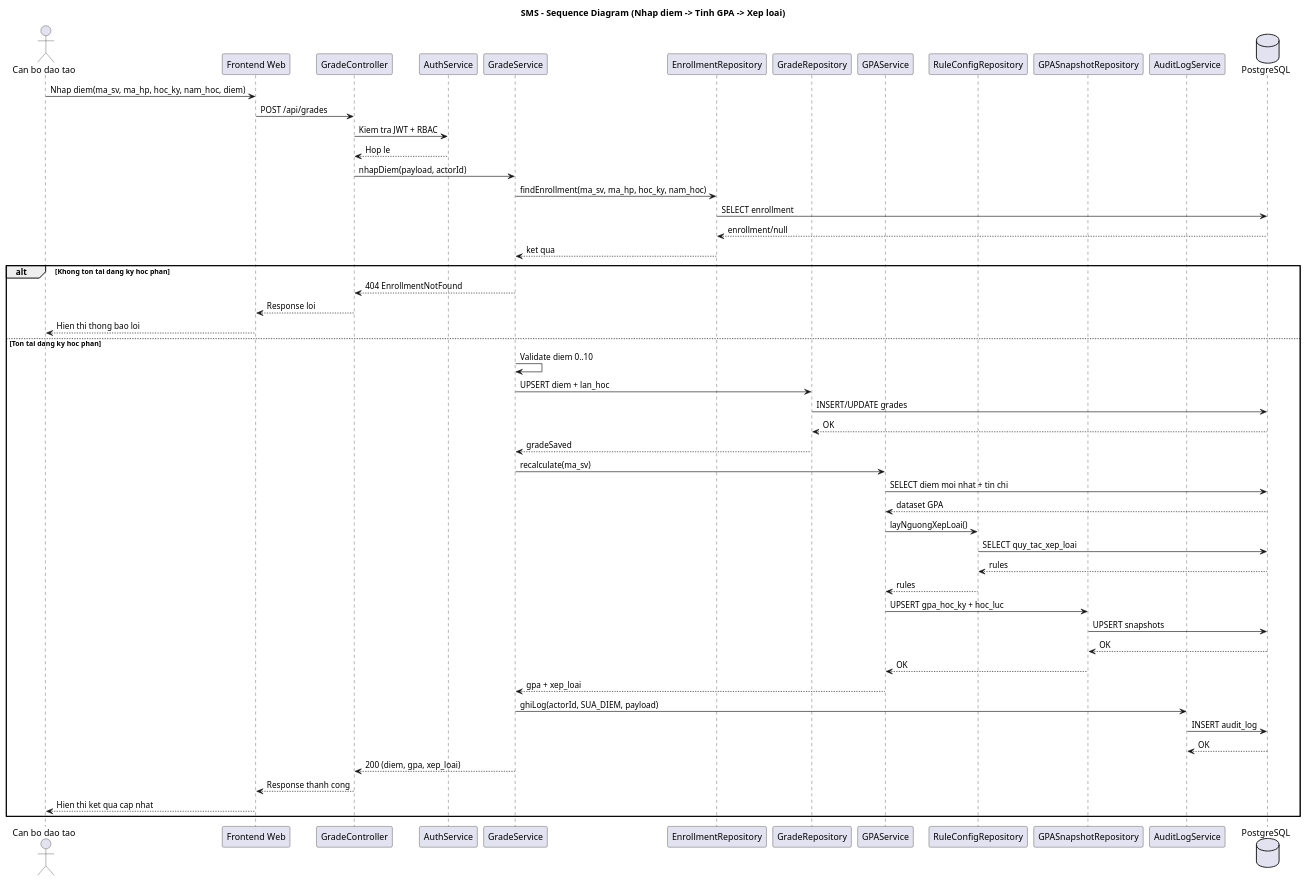
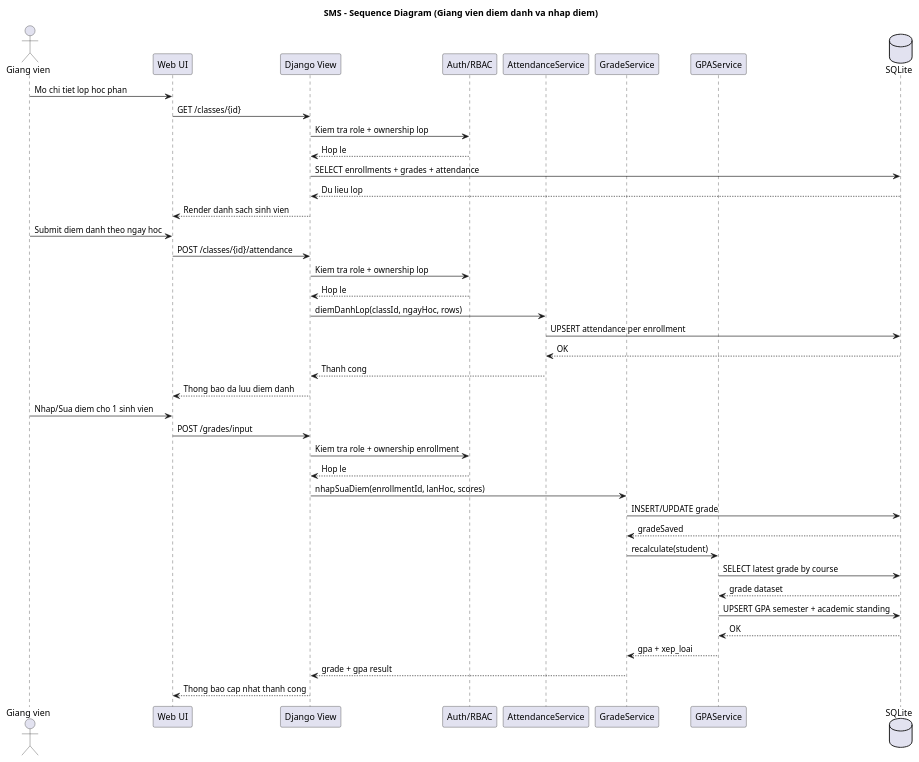
One commit to lvdhuy05/Student-Management-System- changed the diagram in prod/uml/sequence-diagram.puml. Above: the diagram before and after it, drawn with PlantUML. The commit also changed 33 other files, not shown here.

```diff
--- a/prod/uml/sequence-diagram.puml
+++ b/prod/uml/sequence-diagram.puml
@@ -1,60 +1,47 @@
 @startuml
-title SMS - Sequence Diagram (Nhap diem -> Tinh GPA -> Xep loai)
+title SMS - Sequence Diagram (Giang vien diem danh va nhap diem)
 
-actor "Can bo dao tao" as Cb
-participant "Frontend Web" as UI
-participant "GradeController" as GradeCtl
-participant "AuthService" as Auth
+actor "Giang vien" as Teacher
+participant "Web UI" as UI
+participant "Django View" as View
+participant "Auth/RBAC" as Auth
+participant "AttendanceService" as AttSvc
 participant "GradeService" as GradeSvc
-participant "EnrollmentRepository" as EnrollRepo
-participant "GradeRepository" as GradeRepo
 participant "GPAService" as GpaSvc
-participant "RuleConfigRepository" as RuleRepo
-participant "GPASnapshotRepository" as GpaRepo
-participant "AuditLogService" as Audit
-database "PostgreSQL" as DB
+database "SQLite" as DB
 
-Cb -> UI: Nhap diem(ma_sv, ma_hp, hoc_ky, nam_hoc, diem)
-UI -> GradeCtl: POST /api/grades
-GradeCtl -> Auth: Kiem tra JWT + RBAC
-Auth --> GradeCtl: Hop le
-GradeCtl -> GradeSvc: nhapDiem(payload, actorId)
-GradeSvc -> EnrollRepo: findEnrollment(ma_sv, ma_hp, hoc_ky, nam_hoc)
-EnrollRepo -> DB: SELECT enrollment
-DB --> EnrollRepo: enrollment/null
-EnrollRepo --> GradeSvc: ket qua
+Teacher -> UI: Mo chi tiet lop hoc phan
+UI -> View: GET /classes/{id}
+View -> Auth: Kiem tra role + ownership lop
+Auth --> View: Hop le
+View -> DB: SELECT enrollments + grades + attendance
+DB --> View: Du lieu lop
+View --> UI: Render danh sach sinh vien
 
-alt Khong ton tai dang ky hoc phan
-  GradeSvc --> GradeCtl: 404 EnrollmentNotFound
-  GradeCtl --> UI: Response loi
-  UI --> Cb: Hien thi thong bao loi
-else Ton tai dang ky hoc phan
-  GradeSvc -> GradeSvc: Validate diem 0..10
-  GradeSvc -> GradeRepo: UPSERT diem + lan_hoc
-  GradeRepo -> DB: INSERT/UPDATE grades
-  DB --> GradeRepo: OK
-  GradeRepo --> GradeSvc: gradeSaved
+Teacher -> UI: Submit diem danh theo ngay hoc
+UI -> View: POST /classes/{id}/attendance
+View -> Auth: Kiem tra role + ownership lop
+Auth --> View: Hop le
+View -> AttSvc: diemDanhLop(classId, ngayHoc, rows)
+AttSvc -> DB: UPSERT attendance per enrollment
+DB --> AttSvc: OK
+AttSvc --> View: Thanh cong
+View --> UI: Thong bao da luu diem danh
 
-  GradeSvc -> GpaSvc: recalculate(ma_sv)
-  GpaSvc -> DB: SELECT diem moi nhat + tin chi
-  DB --> GpaSvc: dataset GPA
-  GpaSvc -> RuleRepo: layNguongXepLoai()
-  RuleRepo -> DB: SELECT quy_tac_xep_loai
-  DB --> RuleRepo: rules
-  RuleRepo --> GpaSvc: rules
-  GpaSvc -> GpaRepo: UPSERT gpa_hoc_ky + hoc_luc
-  GpaRepo -> DB: UPSERT snapshots
-  DB --> GpaRepo: OK
-  GpaRepo --> GpaSvc: OK
-  GpaSvc --> GradeSvc: gpa + xep_loai
-
-  GradeSvc -> Audit: ghiLog(actorId, SUA_DIEM, payload)
-  Audit -> DB: INSERT audit_log
-  DB --> Audit: OK
-
-  GradeSvc --> GradeCtl: 200 (diem, gpa, xep_loai)
-  GradeCtl --> UI: Response thanh cong
-  UI --> Cb: Hien thi ket qua cap nhat
-end
+Teacher -> UI: Nhap/Sua diem cho 1 sinh vien
+UI -> View: POST /grades/input
+View -> Auth: Kiem tra role + ownership enrollment
+Auth --> View: Hop le
+View -> GradeSvc: nhapSuaDiem(enrollmentId, lanHoc, scores)
+GradeSvc -> DB: INSERT/UPDATE grade
+DB --> GradeSvc: gradeSaved
+GradeSvc -> GpaSvc: recalculate(student)
+GpaSvc -> DB: SELECT latest grade by course
+DB --> GpaSvc: grade dataset
+GpaSvc -> DB: UPSERT GPA semester + academic standing
+DB --> GpaSvc: OK
+GpaSvc --> GradeSvc: gpa + xep_loai
+GradeSvc --> View: grade + gpa result
+View --> UI: Thong bao cap nhat thanh cong
 
 @enduml
```
